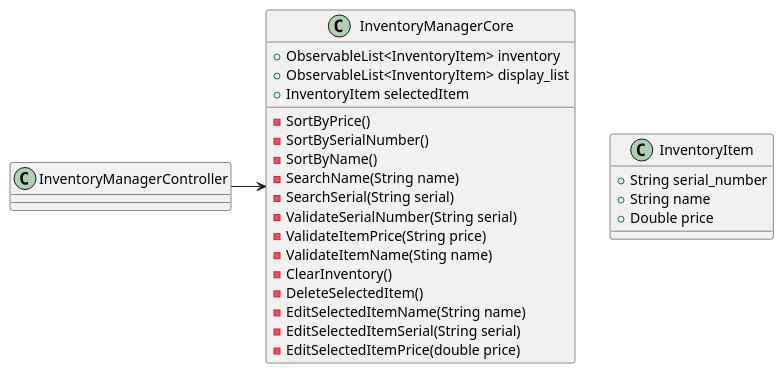
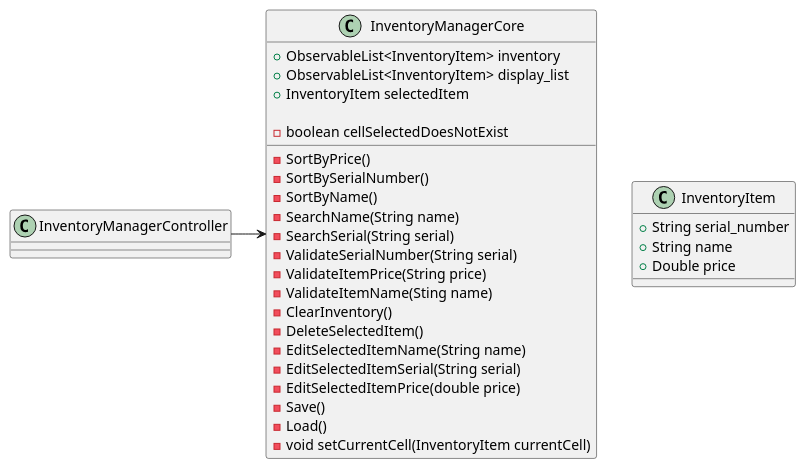
One commit to Scootifer/Schimpf-app2 changed the diagram in docs/diagram.puml. Above: the diagram before and after it, drawn with PlantUML. The commit also changed 10 other files, not shown here.

```diff
--- a/docs/diagram.puml
+++ b/docs/diagram.puml
@@ -1,35 +1,39 @@
 @startuml
 
 InventoryManagerController -> InventoryManagerCore
 
 class InventoryManagerController {
 
 
 }
 
 class InventoryManagerCore{
 +ObservableList<InventoryItem> inventory
 +ObservableList<InventoryItem> display_list
 +InventoryItem selectedItem
 
 -SortByPrice()
 -SortBySerialNumber()
 -SortByName()
 -SearchName(String name)
 -SearchSerial(String serial)
 -ValidateSerialNumber(String serial)
 -ValidateItemPrice(String price)
 -ValidateItemName(Sting name)
 -ClearInventory()
 -DeleteSelectedItem()
 -EditSelectedItemName(String name)
 -EditSelectedItemSerial(String serial)
 -EditSelectedItemPrice(double price)
+-Save()
+-Load()
+-void setCurrentCell(InventoryItem currentCell)
+-boolean cellSelectedDoesNotExist
 }
 class InventoryItem{
 +String serial_number
 +String name
 +Double price
 
 }
 @enduml
```
